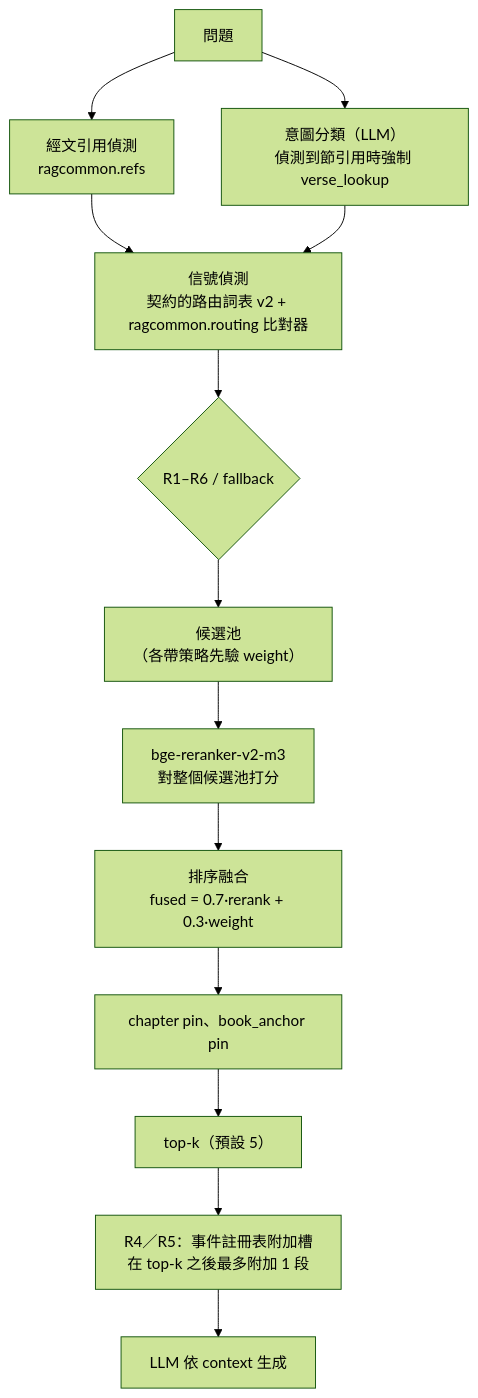
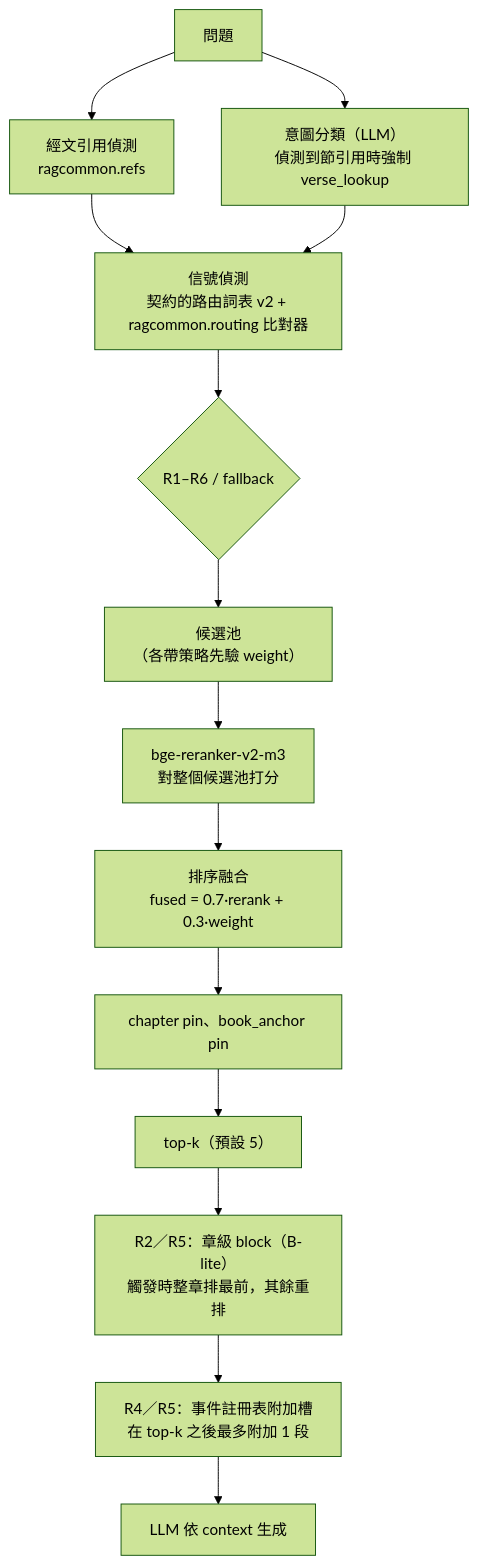
The second of 3 diagrams in docs/ARCHITECTURE.md (KenZx0521/Bible_RAG), drawn with Mermaid (forest theme) before and after one commit. The commit also changed other lines of this file and 9 other files, not shown here.

First line of the commit message:
feat(backend): R2／R5 章級 block（B-lite）——≤3 章的只有章引用整章排最前

````diff
--- a/docs/ARCHITECTURE.md
+++ b/docs/ARCHITECTURE.md
@@ -196,14 +196,15 @@
 ```mermaid
 flowchart TD
     Q["問題"] --> REF["經文引用偵測<br/>ragcommon.refs"]
     Q --> INT["意圖分類（LLM）<br/>偵測到節引用時強制 verse_lookup"]
     REF & INT --> SIG["信號偵測<br/>契約的路由詞表 v2 + ragcommon.routing 比對器"]
     SIG --> RT{"R1–R6 / fallback"}
     RT --> POOL["候選池<br/>（各帶策略先驗 weight）"]
     POOL --> RR["bge-reranker-v2-m3<br/>對整個候選池打分"]
     RR --> FUSE["排序融合<br/>fused = 0.7·rerank + 0.3·weight"]
     FUSE --> PIN["chapter pin、book_anchor pin"]
     PIN --> TOPK["top-k（預設 5）"]
-    TOPK --> AUX["R4／R5：事件註冊表附加槽<br/>在 top-k 之後最多附加 1 段"]
+    TOPK --> BLK["R2／R5：章級 block（B-lite）<br/>觸發時整章排最前，其餘重排"]
+    BLK --> AUX["R4／R5：事件註冊表附加槽<br/>在 top-k 之後最多附加 1 段"]
     AUX --> GEN["LLM 依 context 生成"]
 ```
````
